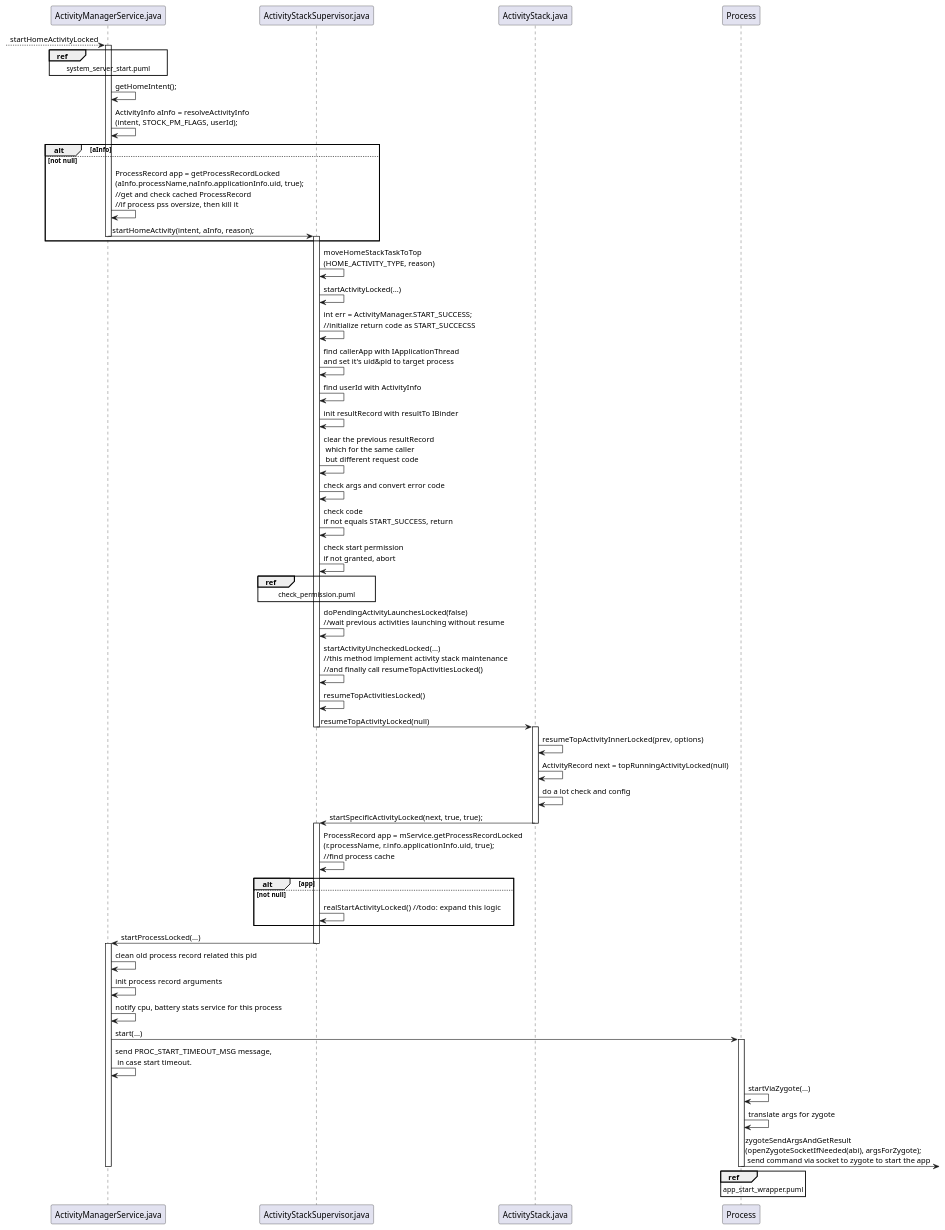
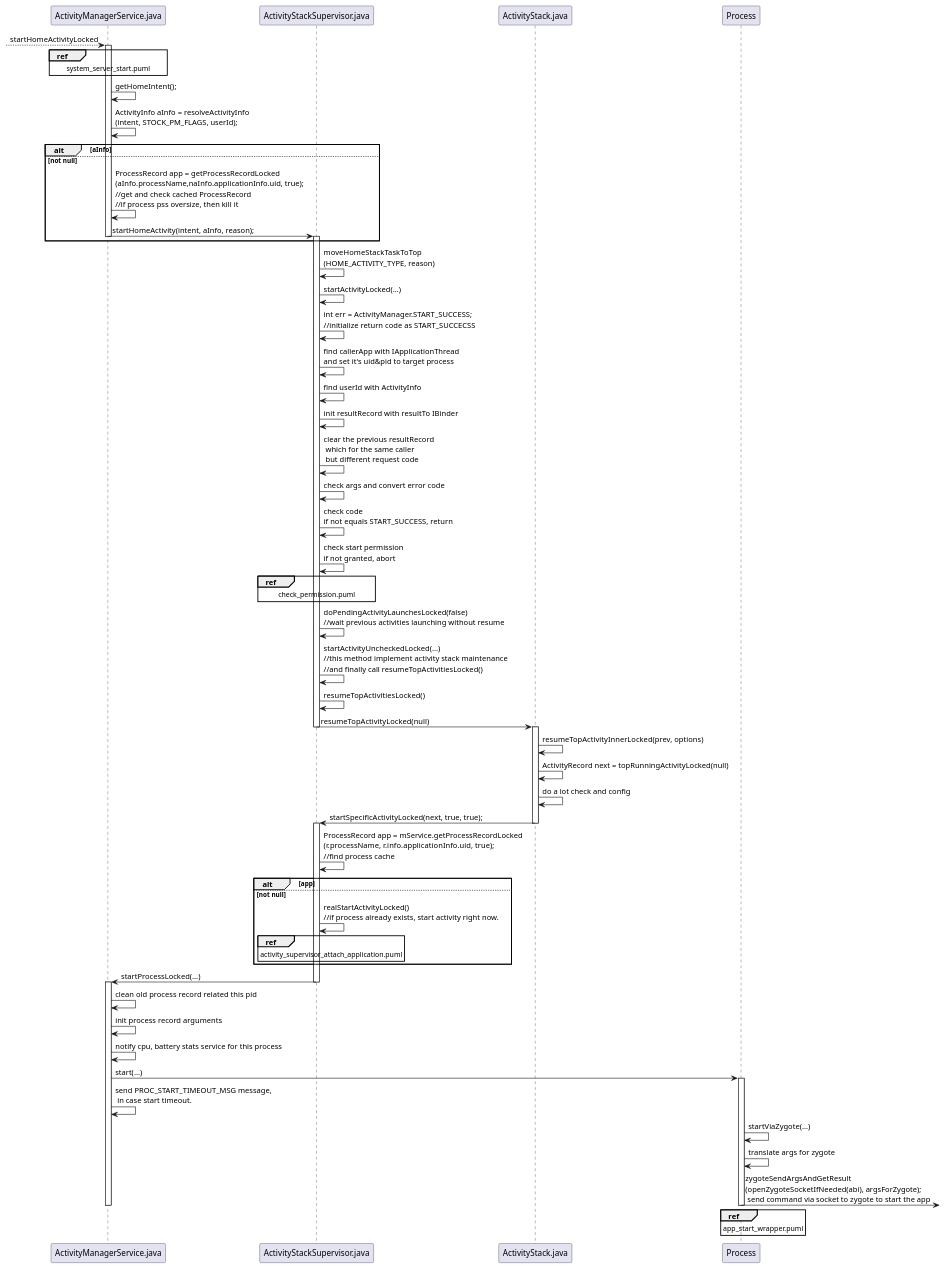
One commit to heavy-james/AndroidStartSequence changed the diagram in uml/6_home_activity_start/home_activity_start.puml. Above: the diagram before and after it, drawn with PlantUML. The commit also changed 1 other file, not shown here.

Commit message:
complete android start uml

```diff
--- a/uml/6_home_activity_start/home_activity_start.puml
+++ b/uml/6_home_activity_start/home_activity_start.puml
@@ -1,118 +1,119 @@
 @startuml
 participant ActivityManagerService as "ActivityManagerService.java"
 participant ActivityStackSupervisor as "ActivityStackSupervisor.java"
 participant ActivityStack as "ActivityStack.java"
 
 --> ActivityManagerService : startHomeActivityLocked
 ref over ActivityManagerService : system_server_start.puml
 
 
 activate ActivityManagerService
 ActivityManagerService -> ActivityManagerService : getHomeIntent();
 ActivityManagerService -> ActivityManagerService : ActivityInfo aInfo = resolveActivityInfo\
 \n(intent, STOCK_PM_FLAGS, userId);
 
 alt aInfo
 else not null
 ActivityManagerService -> ActivityManagerService : ProcessRecord app = getProcessRecordLocked\
 \n(aInfo.processName,naInfo.applicationInfo.uid, true);\
 \n//get and check cached ProcessRecord\
 \n//if process pss oversize, then kill it
 
 ActivityManagerService -> ActivityStackSupervisor : startHomeActivity(intent, aInfo, reason);
 
 deactivate ActivityManagerService
 activate ActivityStackSupervisor
 end
 
 
 
 
 activate ActivityStackSupervisor
 ActivityStackSupervisor -> ActivityStackSupervisor : moveHomeStackTaskToTop\n(HOME_ACTIVITY_TYPE, reason)\
 
 ActivityStackSupervisor -> ActivityStackSupervisor : startActivityLocked(...)
 
 ActivityStackSupervisor -> ActivityStackSupervisor : int err = ActivityManager.START_SUCCESS;\
 \n//initialize return code as START_SUCCECSS
 
 ActivityStackSupervisor -> ActivityStackSupervisor : find callerApp with IApplicationThread\
 \nand set it's uid&pid to target process
 
 ActivityStackSupervisor -> ActivityStackSupervisor : find userId with ActivityInfo
 
 ActivityStackSupervisor -> ActivityStackSupervisor : init resultRecord with resultTo IBinder
 
 ActivityStackSupervisor -> ActivityStackSupervisor : clear the previous resultRecord\
 \n which for the same caller\
 \n but different request code
 
 ActivityStackSupervisor -> ActivityStackSupervisor : check args and convert error code
 
 ActivityStackSupervisor -> ActivityStackSupervisor : check code\
 \nif not equals START_SUCCESS, return
 
 ActivityStackSupervisor -> ActivityStackSupervisor : check start permission\
 \nif not granted, abort
 
 ref over ActivityStackSupervisor : check_permission.puml
 
 ActivityStackSupervisor -> ActivityStackSupervisor : doPendingActivityLaunchesLocked(false)\
 \n//wait previous activities launching without resume
 
 ActivityStackSupervisor -> ActivityStackSupervisor : startActivityUncheckedLocked(...)\
 \n//this method implement activity stack maintenance\
 \n//and finally call resumeTopActivitiesLocked()
 
 ActivityStackSupervisor -> ActivityStackSupervisor : resumeTopActivitiesLocked()
 
 ActivityStackSupervisor -> ActivityStack : resumeTopActivityLocked(null)
 
 deactivate ActivityStackSupervisor
 
 activate ActivityStack
 
 ActivityStack -> ActivityStack : resumeTopActivityInnerLocked(prev, options)
 
 ActivityStack -> ActivityStack : ActivityRecord next = topRunningActivityLocked(null)
 
 ActivityStack -> ActivityStack : do a lot check and config
 
 ActivityStack -> ActivityStackSupervisor : startSpecificActivityLocked(next, true, true);
 deactivate ActivityStack
 
 activate ActivityStackSupervisor
 ActivityStackSupervisor -> ActivityStackSupervisor : ProcessRecord app = mService.getProcessRecordLocked\
 \n(r.processName, r.info.applicationInfo.uid, true);\
 \n//find process cache
 
 alt app
 else not null
    ActivityStackSupervisor -> ActivityStackSupervisor : realStartActivityLocked()\
-   //todo: expand this logic
+   \n//if process already exists, start activity right now.
+   ref over  ActivityStackSupervisor : activity_supervisor_attach_application.puml
 end
 
 ActivityStackSupervisor -> ActivityManagerService : startProcessLocked(...)
 deactivate ActivityStackSupervisor
 
 
 activate ActivityManagerService
 ActivityManagerService -> ActivityManagerService : clean old process record related this pid
 ActivityManagerService -> ActivityManagerService : init process record arguments
 ActivityManagerService -> ActivityManagerService : notify cpu, battery stats service for this process
 ActivityManagerService -> Process : start(...)
 activate Process
 ActivityManagerService -> ActivityManagerService : send PROC_START_TIMEOUT_MSG message,\
  \n in case start timeout.
 
 
 Process -> Process : startViaZygote(...)
 Process -> Process : translate args for zygote
 Process ->  : zygoteSendArgsAndGetResult\n(openZygoteSocketIfNeeded(abi), argsForZygote);\
 \n send command via socket to zygote to start the app
 ref over Process : app_start_wrapper.puml
 
 deactivate Process
 deactivate ActivityManagerService
 deactivate ActivityStackSupervisor
 @enduml
```
